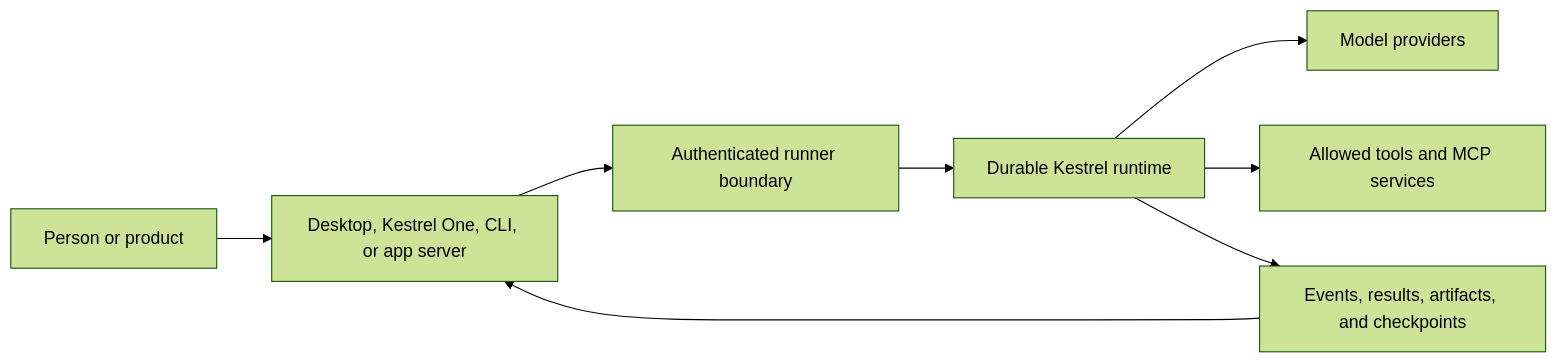
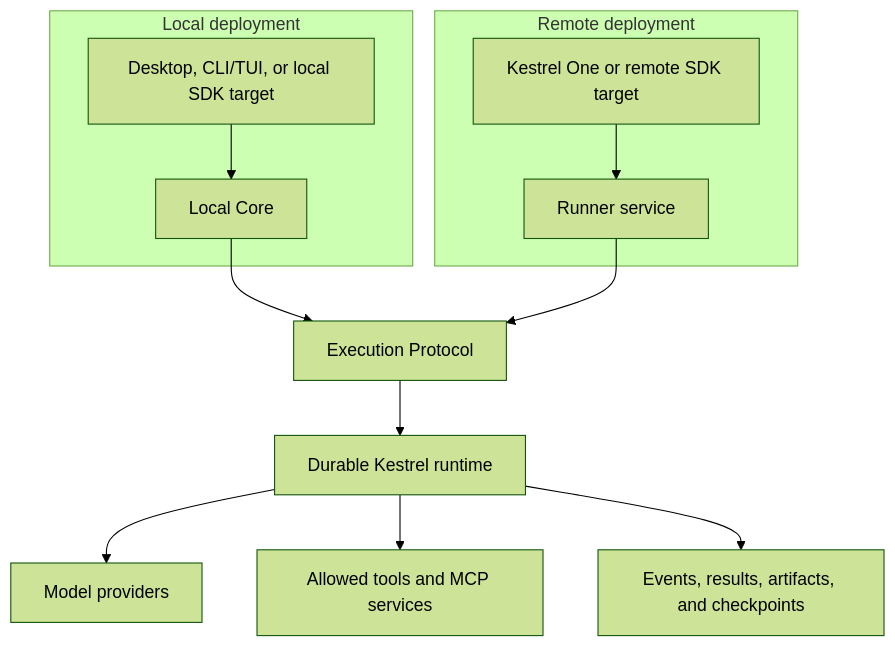
The diagram in README.md (LumiCorp/kestrel), drawn with Mermaid (forest theme) before and after one commit. The commit also changed other lines of this file and 85 other files, not shown here.

````diff
--- a/README.md
+++ b/README.md
@@ -74,10 +74,15 @@
 ```mermaid
-flowchart LR
-    U["Person or product"] --> S["Desktop, Kestrel One, CLI, or app server"]
-    S --> R["Authenticated runner boundary"]
-    R --> K["Durable Kestrel runtime"]
+flowchart TB
+    subgraph Local["Local deployment"]
+      L["Desktop, CLI/TUI, or local SDK target"] --> C["Local Core"]
+    end
+    subgraph Remote["Remote deployment"]
+      H["Kestrel One or remote SDK target"] --> S["Runner service"]
+    end
+    C --> P["Execution Protocol"]
+    S --> P
+    P --> K["Durable Kestrel runtime"]
     K --> M["Model providers"]
     K --> T["Allowed tools and MCP services"]
     K --> E["Events, results, artifacts, and checkpoints"]
-    E --> S
 ```
````
